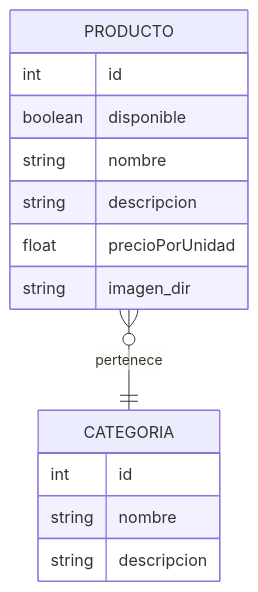
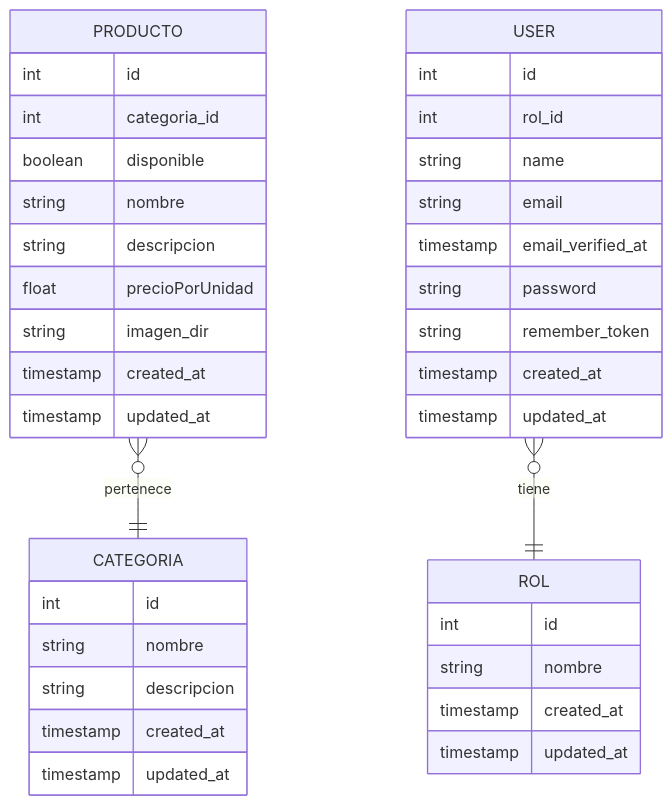
The diagram in README.md (iaw-2022/AgustinGD-inicial), drawn with Mermaid before and after one commit. The commit also changed other lines of this file, not shown here.

Commit message:
agregado user y rol al ERD, mas info sobre roles

````diff
--- a/README.md
+++ b/README.md
@@ -8,17 +8,41 @@
 ```mermaid
 erDiagram
     PRODUCTO }o--|| CATEGORIA : pertenece
     PRODUCTO{
         int id
+        int categoria_id
         boolean disponible
         string nombre
         string descripcion
         float precioPorUnidad
         string imagen_dir
+        timestamp created_at
+        timestamp updated_at
     }
     CATEGORIA{
         int id
         string nombre
         string descripcion
+        timestamp created_at
+        timestamp updated_at
+    }
+    
+    USER }o--|| ROL : tiene
+    USER{
+        int id
+        int rol_id        
+        string name
+        string email
+        timestamp email_verified_at
+        string password
+        string remember_token
+        timestamp created_at
+        timestamp updated_at
+    }
+    ROL{
+        int id
+        string nombre
+        timestamp created_at
+        timestamp updated_at
     }
 ```
````
